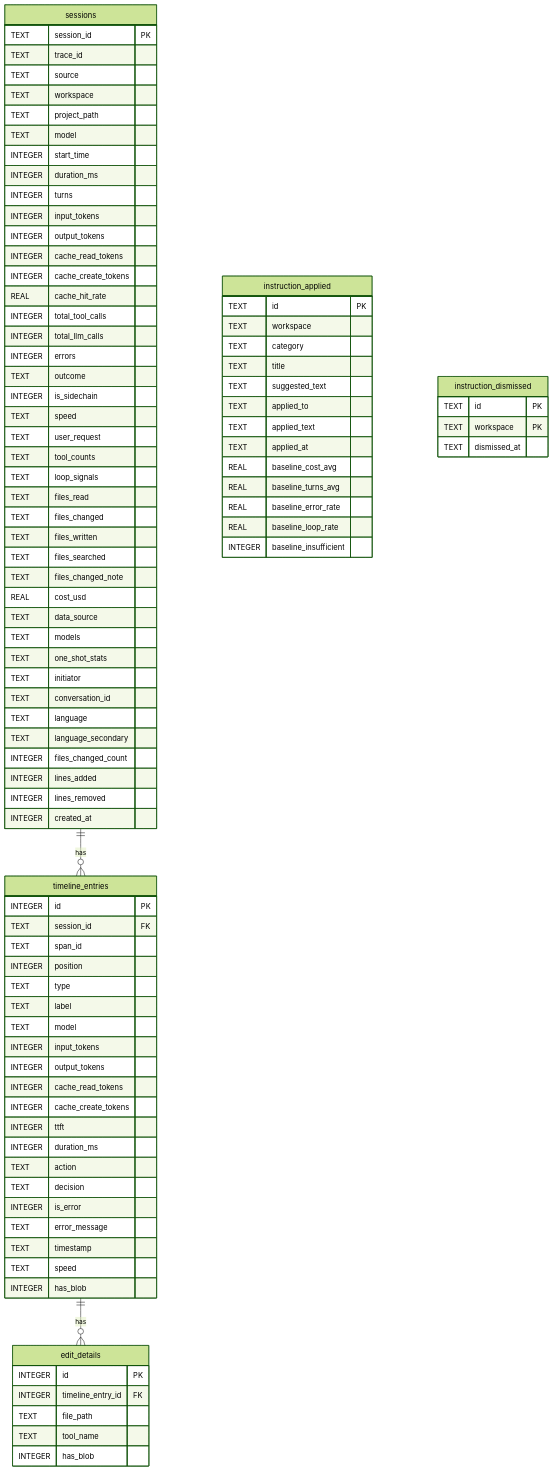
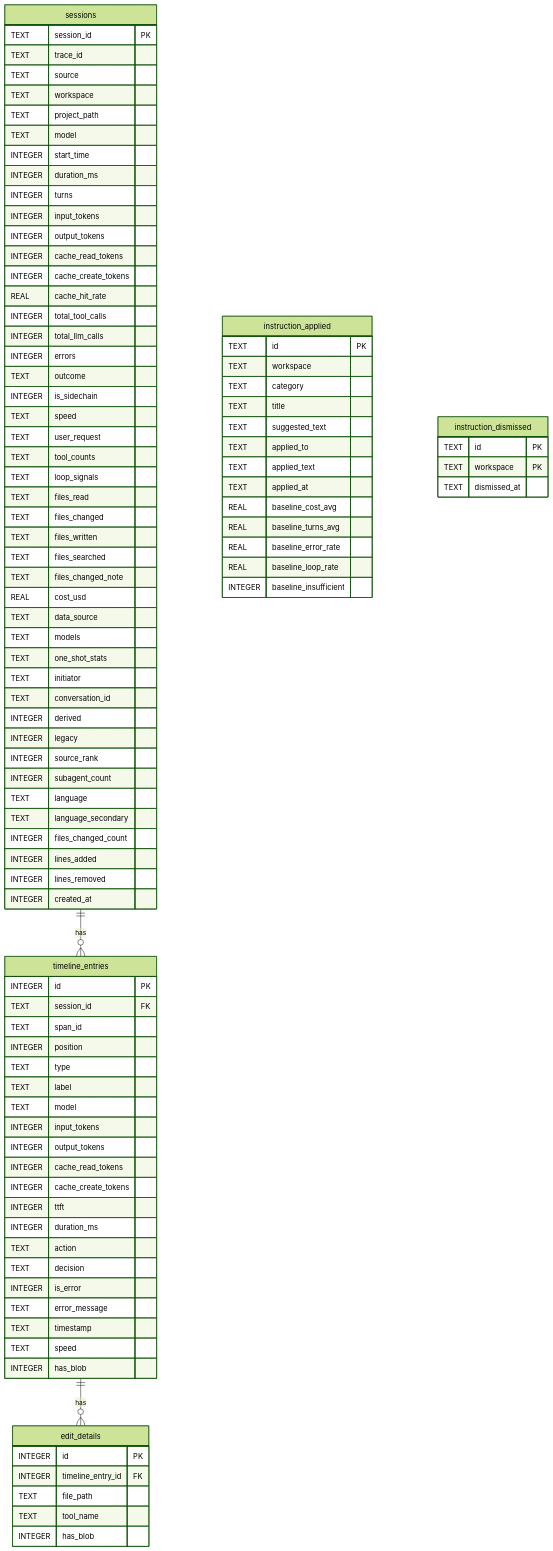
One commit to traceroost/core changed the eighth of 20 diagrams in ARCHITECTURE.md. Above: the diagram before and after it, drawn with Mermaid (forest theme). The commit also changed other lines of this file and 70 other files, not shown here.

```diff
--- a/ARCHITECTURE.md
+++ b/ARCHITECTURE.md
@@ -472,6 +498,10 @@
         TEXT one_shot_stats
         TEXT initiator
         TEXT conversation_id
+        INTEGER derived
+        INTEGER legacy
+        INTEGER source_rank
+        INTEGER subagent_count
         TEXT language
         TEXT language_secondary
         INTEGER files_changed_count
```
